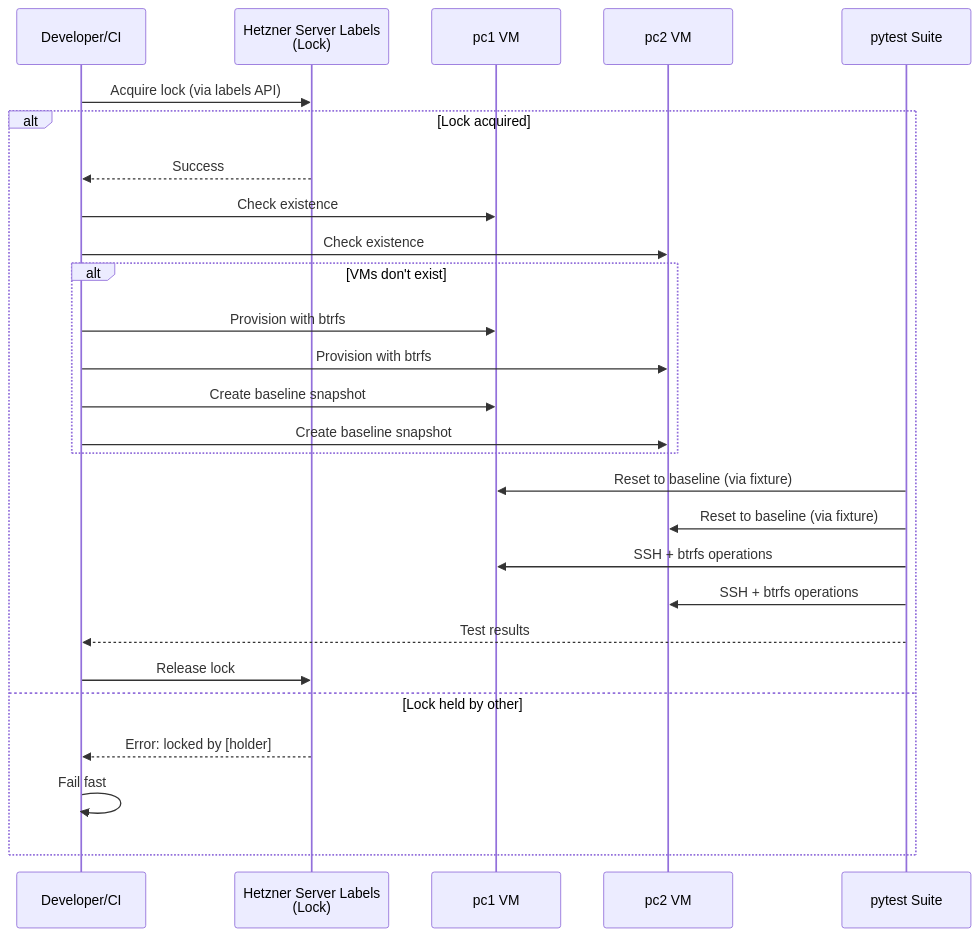
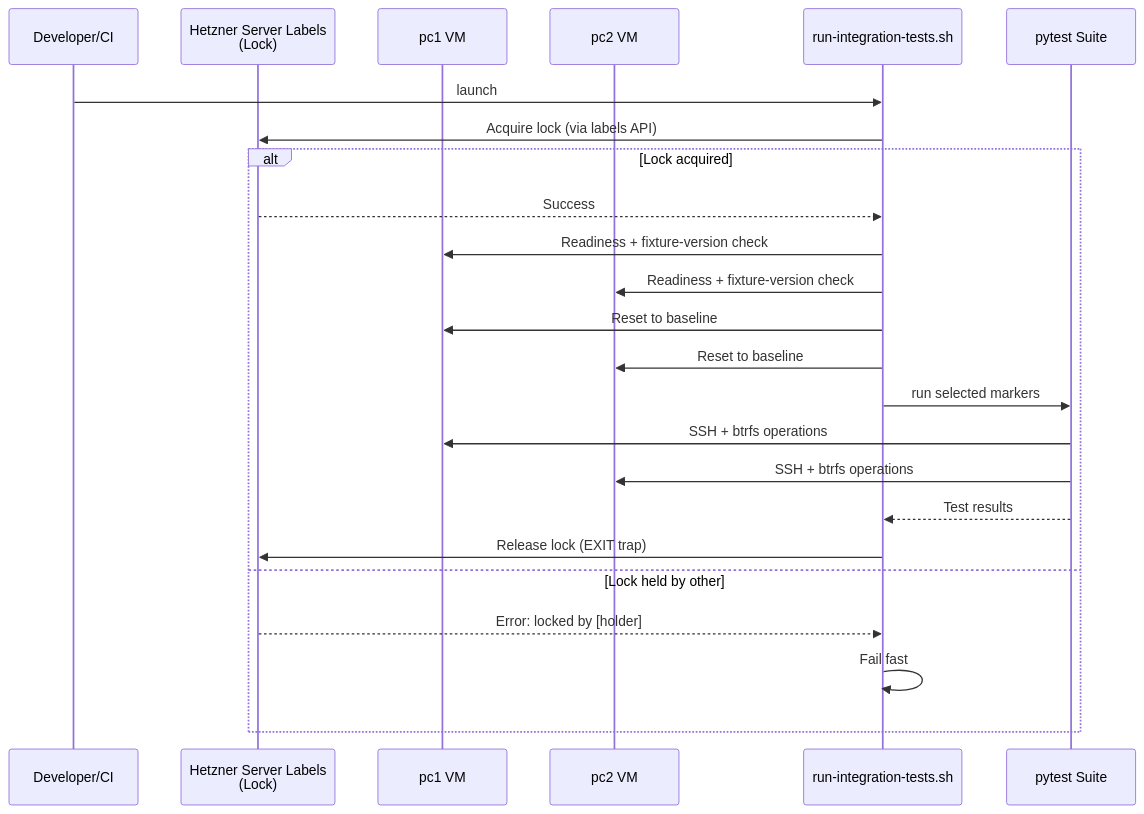
One commit to flaksit/pc-switcher changed the third of 4 diagrams in docs/ops/testing-architecture.md. Above: the diagram before and after it, drawn with Mermaid. The commit also changed other lines of this file and 3 other files, not shown here.

````diff
--- a/docs/ops/testing-architecture.md
+++ b/docs/ops/testing-architecture.md
@@ -257,30 +242,27 @@
 ```mermaid
 sequenceDiagram
     participant Dev as Developer/CI
     participant Lock as Hetzner Server Labels<br/>(Lock)
     participant VM1 as pc1 VM
     participant VM2 as pc2 VM
+    participant Runner as run-integration-tests.sh
     participant Pytest as pytest Suite
 
-    Dev->>Lock: Acquire lock (via labels API)
+    Dev->>Runner: launch
+    Runner->>Lock: Acquire lock (via labels API)
     alt Lock acquired
-        Lock-->>Dev: Success
-        Dev->>VM1: Check existence
-        Dev->>VM2: Check existence
-        alt VMs don't exist
-            Dev->>VM1: Provision with btrfs
-            Dev->>VM2: Provision with btrfs
-            Dev->>VM1: Create baseline snapshot
-            Dev->>VM2: Create baseline snapshot
-        end
-        Pytest->>VM1: Reset to baseline (via fixture)
-        Pytest->>VM2: Reset to baseline (via fixture)
+        Lock-->>Runner: Success
+        Runner->>VM1: Readiness + fixture-version check
+        Runner->>VM2: Readiness + fixture-version check
+        Runner->>VM1: Reset to baseline
+        Runner->>VM2: Reset to baseline
+        Runner->>Pytest: run selected markers
         Pytest->>VM1: SSH + btrfs operations
         Pytest->>VM2: SSH + btrfs operations
-        Pytest-->>Dev: Test results
-        Dev->>Lock: Release lock
+        Pytest-->>Runner: Test results
+        Runner->>Lock: Release lock (EXIT trap)
     else Lock held by other
-        Lock-->>Dev: Error: locked by [holder]
-        Dev->>Dev: Fail fast
+        Lock-->>Runner: Error: locked by [holder]
+        Runner->>Runner: Fail fast
     end
 ```
````
